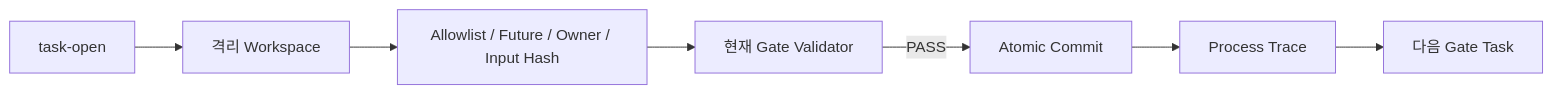
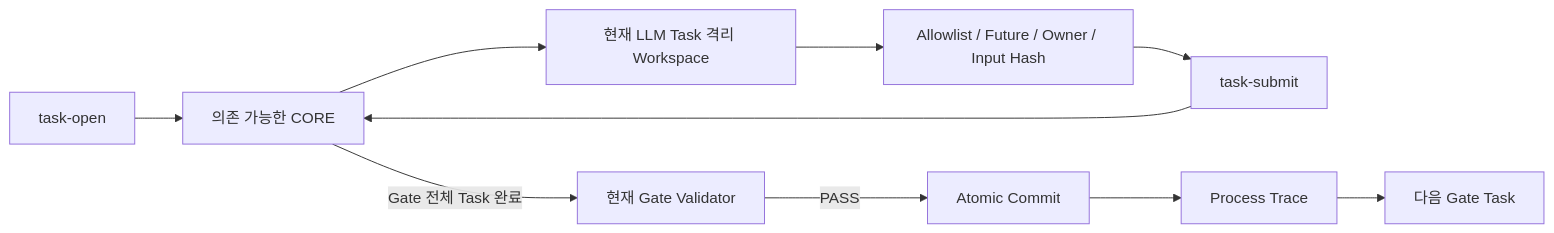
The third of 3 diagrams in docs/01-plan/erd.md (zzocojoa/mystery-starter-kit), drawn with Mermaid before and after one commit. The commit also changed 231 other files, not shown here.

````diff
--- a/docs/01-plan/erd.md
+++ b/docs/01-plan/erd.md
@@ -45,9 +45,12 @@
 ```mermaid
 flowchart LR
-    O[task-open] --> W[격리 Workspace]
+    O[task-open] --> K[의존 가능한 CORE]
+    K --> W[현재 LLM Task 격리 Workspace]
     W --> A[Allowlist / Future / Owner / Input Hash]
-    A --> G[현재 Gate Validator]
+    A --> S[task-submit]
+    S --> K
+    K -->|Gate 전체 Task 완료| G[현재 Gate Validator]
     G -->|PASS| C[Atomic Commit]
     C --> T[Process Trace]
     T --> N[다음 Gate Task]
 ```
````
